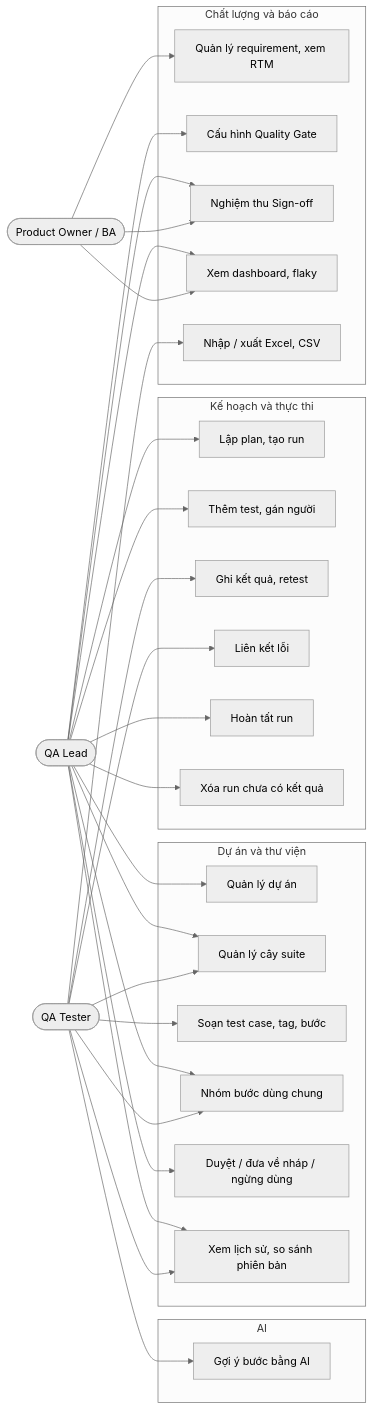
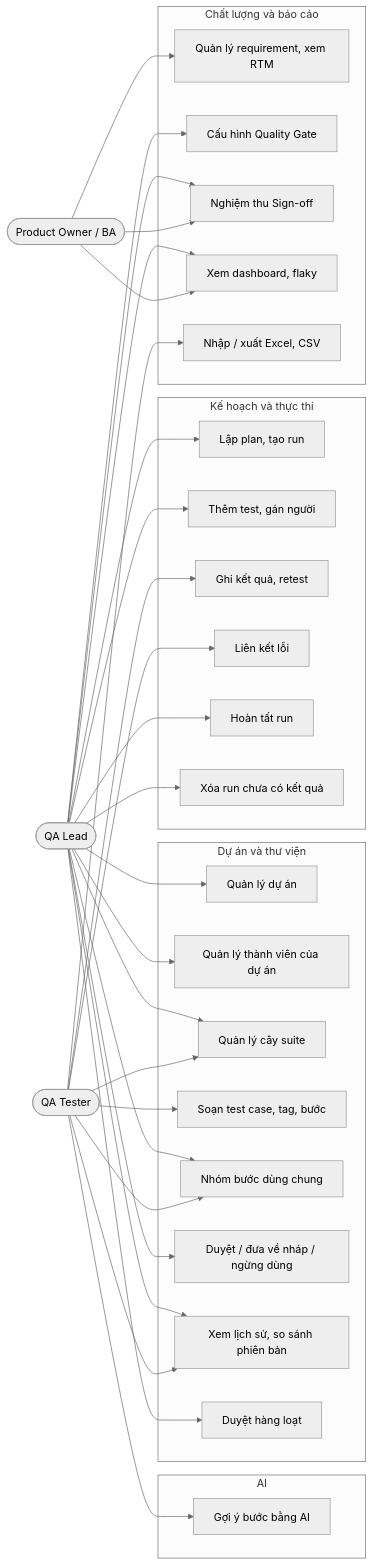
One commit to Huyit2k5/testcase_manager changed diagram 19 of 20 in BUSINESS_ANALYSIS_TEST_CASE_MANAGEMENT.md. Above: the diagram before and after it, drawn with Mermaid (neutral theme). The commit also changed other lines of this file and 50 other files, not shown here.

````diff
--- a/BUSINESS_ANALYSIS_TEST_CASE_MANAGEMENT.md
+++ b/BUSINESS_ANALYSIS_TEST_CASE_MANAGEMENT.md
@@ -589,37 +595,39 @@
 ```mermaid
 flowchart LR
     QL(["QA Lead"])
     QT(["QA Tester"])
     PO(["Product Owner / BA"])
 
     subgraph PRJ["Dự án và thư viện"]
         U1["Quản lý dự án"]
+        U20["Quản lý thành viên của dự án"]
         U2["Quản lý cây suite"]
         U3["Soạn test case, tag, bước"]
         U4["Nhóm bước dùng chung"]
         U5["Duyệt / đưa về nháp / ngừng dùng"]
         U17["Xem lịch sử, so sánh phiên bản"]
+        U19["Duyệt hàng loạt"]
     end
     subgraph EXE["Kế hoạch và thực thi"]
         U6["Lập plan, tạo run"]
         U7["Thêm test, gán người"]
         U8["Ghi kết quả, retest"]
         U9["Liên kết lỗi"]
         U10["Hoàn tất run"]
         U18["Xóa run chưa có kết quả"]
     end
     subgraph QUA["Chất lượng và báo cáo"]
         U11["Quản lý requirement, xem RTM"]
         U12["Cấu hình Quality Gate"]
         U13["Nghiệm thu Sign-off"]
         U14["Xem dashboard, flaky"]
         U15["Nhập / xuất Excel, CSV"]
     end
     subgraph AUT["AI"]
         U16["Gợi ý bước bằng AI"]
     end
 
-    QL --> U1 & U2 & U4 & U5 & U6 & U7 & U10 & U12 & U13 & U14 & U17 & U18
+    QL --> U1 & U2 & U4 & U5 & U6 & U7 & U10 & U12 & U13 & U14 & U17 & U18 & U19 & U20
     QT --> U2 & U3 & U4 & U8 & U9 & U15 & U16 & U17
     PO --> U11 & U13 & U14
 ```
````
